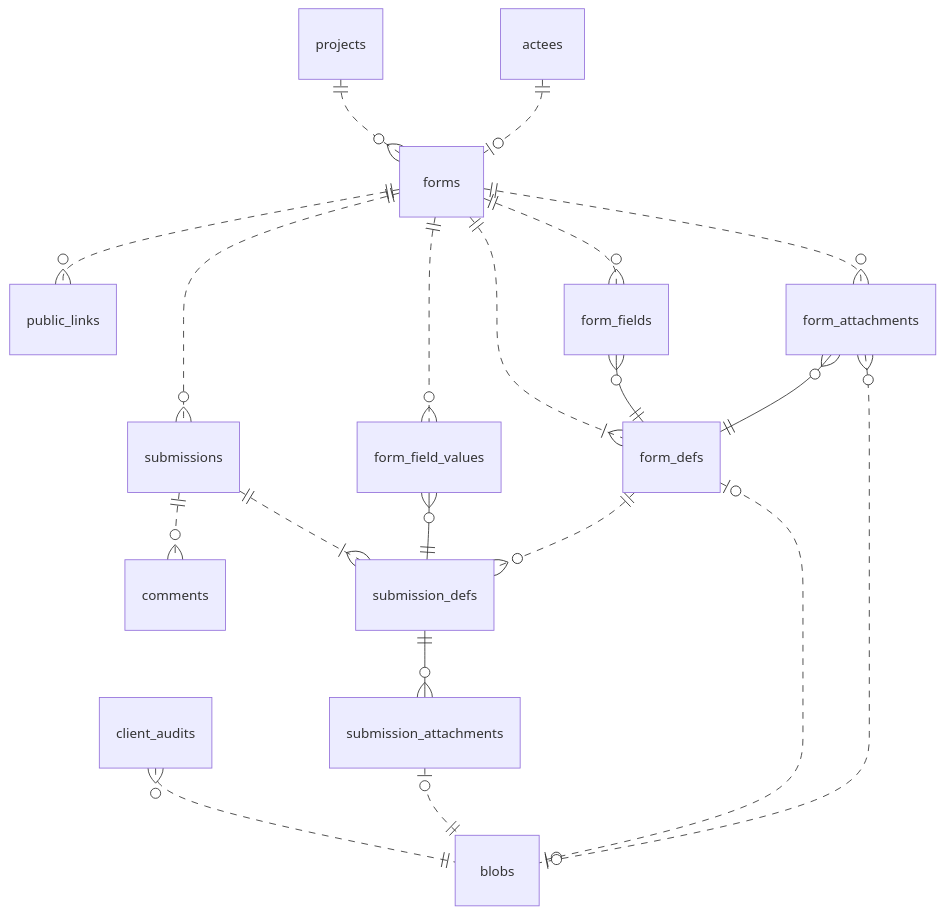
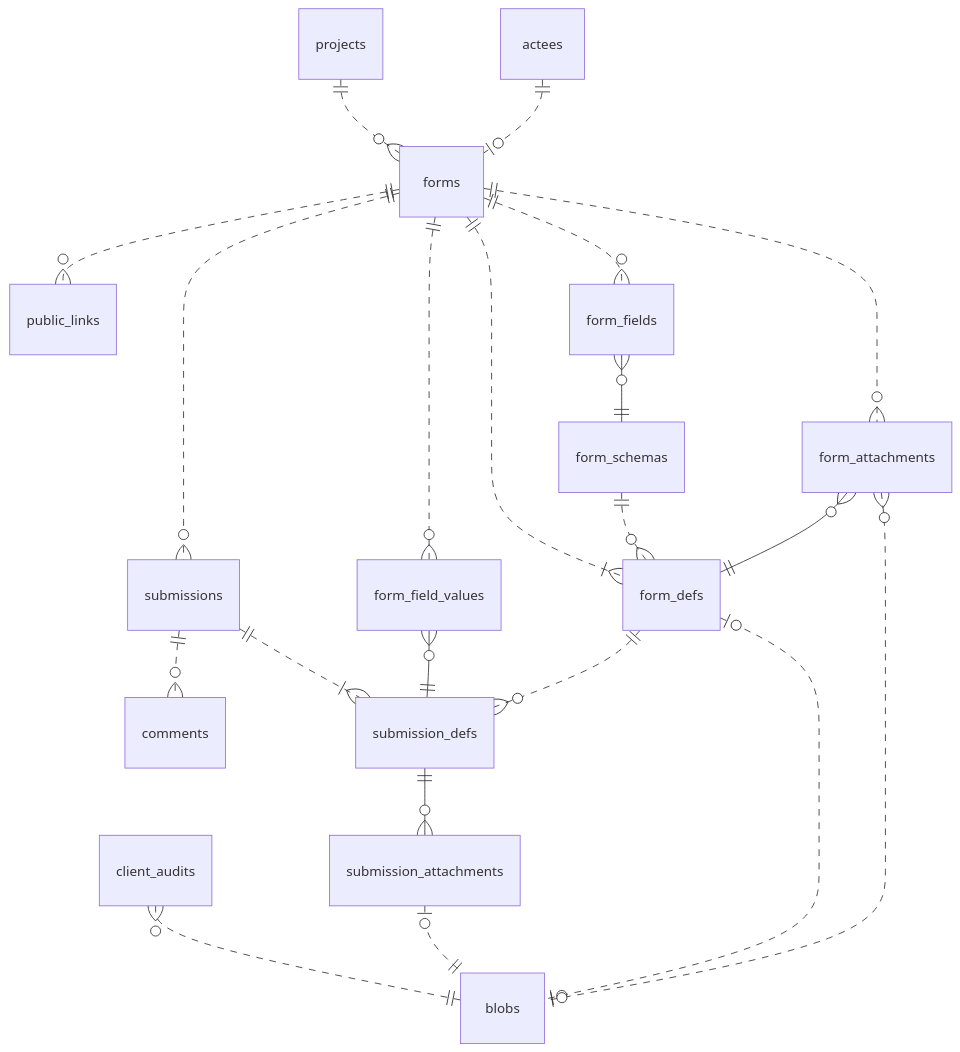
Before and after one commit to getodk/central-backend: the first of 4 diagrams in docs/database.md, drawn with Mermaid. The commit also changed other lines of this file, not shown here.

Commit message:
Enhance #912: Updated ERD to reflect last 6 months of changes

````diff
--- a/docs/database.md
+++ b/docs/database.md
@@ -21,28 +22,29 @@
 ```mermaid
 %%{init: {'themeCSS': '.er.entityLabel { font-size:16px !important; }' }}%%
   erDiagram   
     projects ||..o{ forms : ""
     actees ||..o| forms : ""
     
     forms ||..o{ public_links : ""
     forms ||..o{ submissions : ""
     forms ||..o{ form_fields : ""
     forms ||..|{ form_defs : ""
     forms ||..o{ form_attachments : ""
     forms ||..o{ form_field_values : ""
 
-    form_fields }o--|| form_defs : ""
+    form_schemas ||..o{ form_defs : ""
+    form_fields }o--|| form_schemas : ""
 
     submissions ||..o{ comments : ""
     submissions ||..|{ submission_defs : ""
     form_field_values }o--|| submission_defs : ""
     submission_defs ||--o{ submission_attachments : ""
     form_defs ||..o{ submission_defs : "" 
 
     form_attachments }o--|| form_defs : ""
     client_audits }o..|| blobs : ""
     submission_attachments |o..|| blobs : ""
     form_defs |o..o| blobs : ""
     form_attachments }o..o| blobs : ""
 
 ```
````
